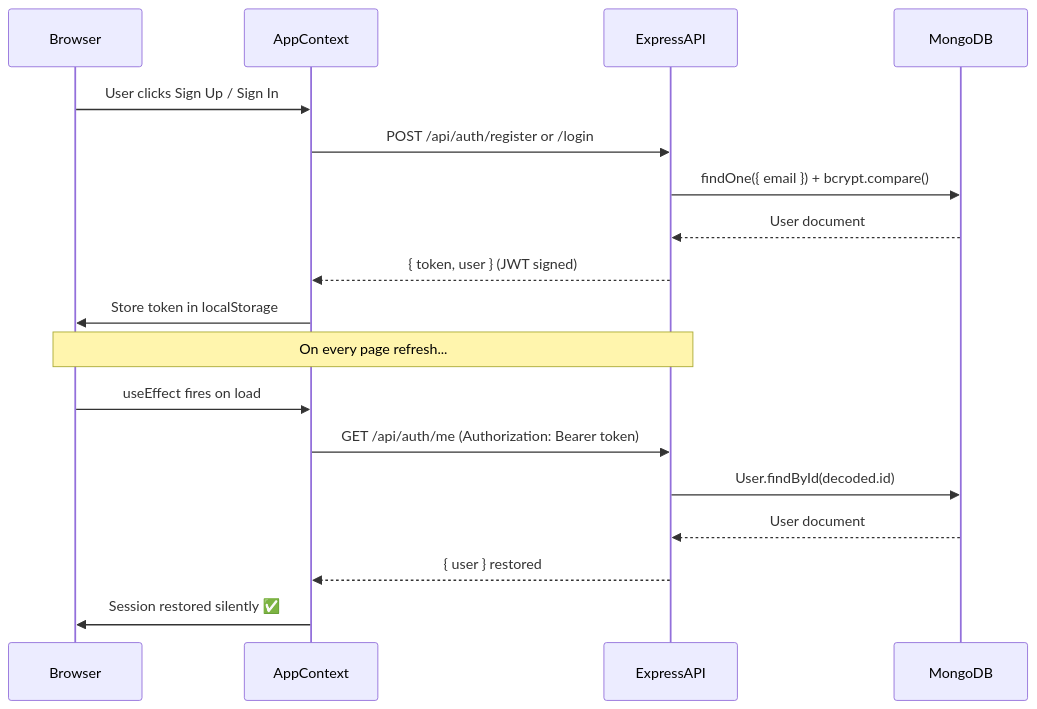
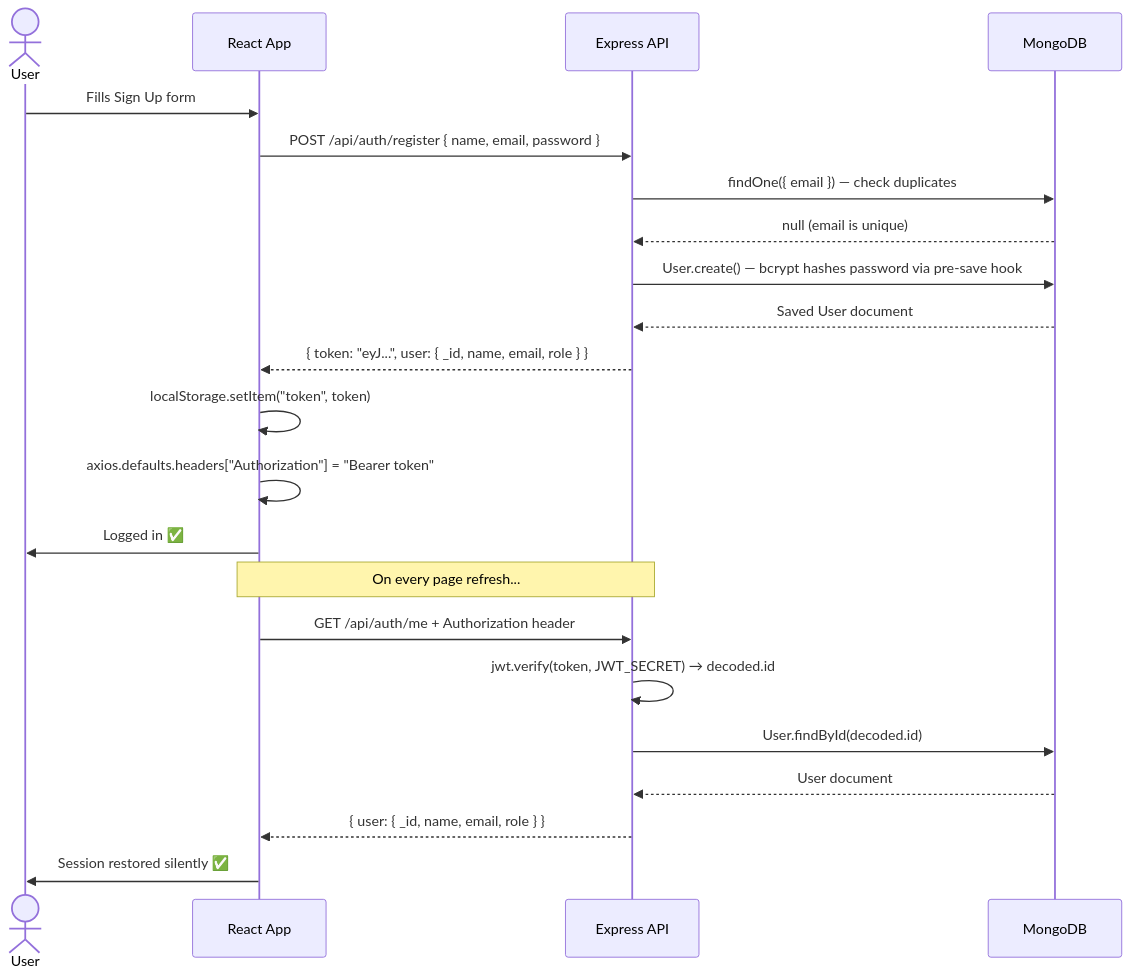
Before and after one commit to SujalDeshmukh/quickdine: the second of 3 diagrams in README.md, drawn with Mermaid. The commit also changed other lines of this file, not shown here.

````diff
--- a/README.md
+++ b/README.md
@@ -90,23 +136,27 @@
 ```mermaid
 sequenceDiagram
-    participant Browser
-    participant AppContext
-    participant ExpressAPI
-    participant MongoDB
+    actor User
+    participant React as React App
+    participant API as Express API
+    participant DB as MongoDB
 
-    Browser->>AppContext: User clicks Sign Up / Sign In
-    AppContext->>ExpressAPI: POST /api/auth/register or /login
-    ExpressAPI->>MongoDB: findOne({ email }) + bcrypt.compare()
-    MongoDB-->>ExpressAPI: User document
-    ExpressAPI-->>AppContext: { token, user } (JWT signed)
-    AppContext->>Browser: Store token in localStorage
+    User->>React: Fills Sign Up form
+    React->>API: POST /api/auth/register { name, email, password }
+    API->>DB: findOne({ email }) — check duplicates
+    DB-->>API: null (email is unique)
+    API->>DB: User.create() — bcrypt hashes password via pre-save hook
+    DB-->>API: Saved User document
+    API-->>React: { token: "eyJ...", user: { _id, name, email, role } }
+    React->>React: localStorage.setItem("token", token)
+    React->>React: axios.defaults.headers["Authorization"] = "Bearer token"
+    React->>User: Logged in ✅
 
-    Note over Browser,ExpressAPI: On every page refresh...
+    Note over React,API: On every page refresh...
 
-    Browser->>AppContext: useEffect fires on load
-    AppContext->>ExpressAPI: GET /api/auth/me (Authorization: Bearer token)
-    ExpressAPI->>MongoDB: User.findById(decoded.id)
-    MongoDB-->>ExpressAPI: User document
-    ExpressAPI-->>AppContext: { user } restored
-    AppContext->>Browser: Session restored silently ✅
+    React->>API: GET /api/auth/me + Authorization header
+    API->>API: jwt.verify(token, JWT_SECRET) → decoded.id
+    API->>DB: User.findById(decoded.id)
+    DB-->>API: User document
+    API-->>React: { user: { _id, name, email, role } }
+    React->>User: Session restored silently ✅
 ```
````
